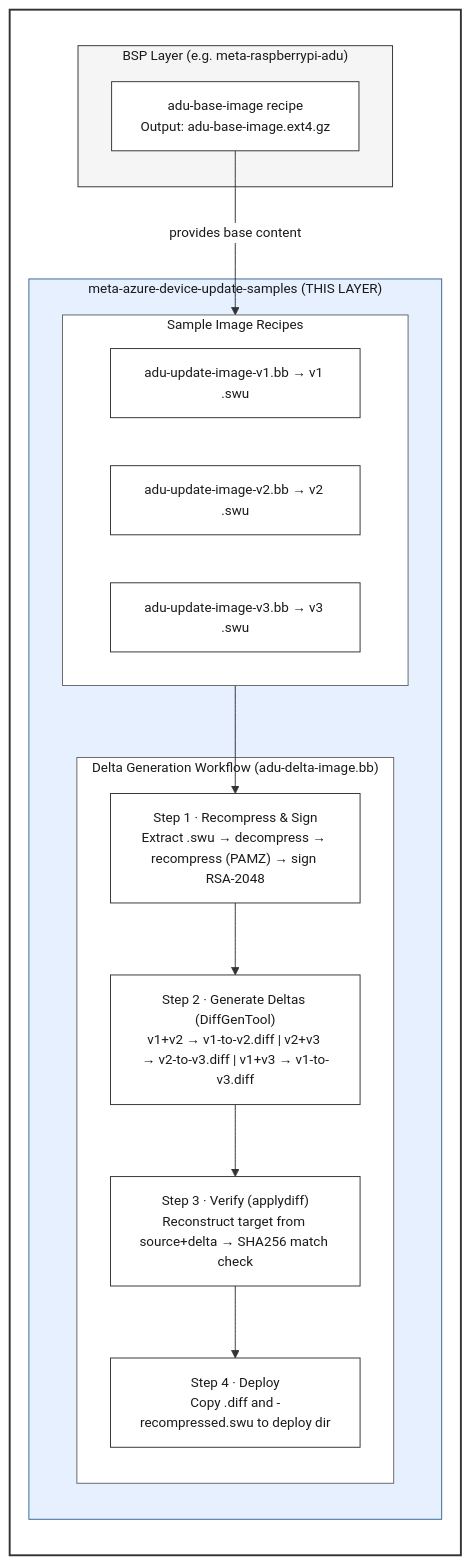
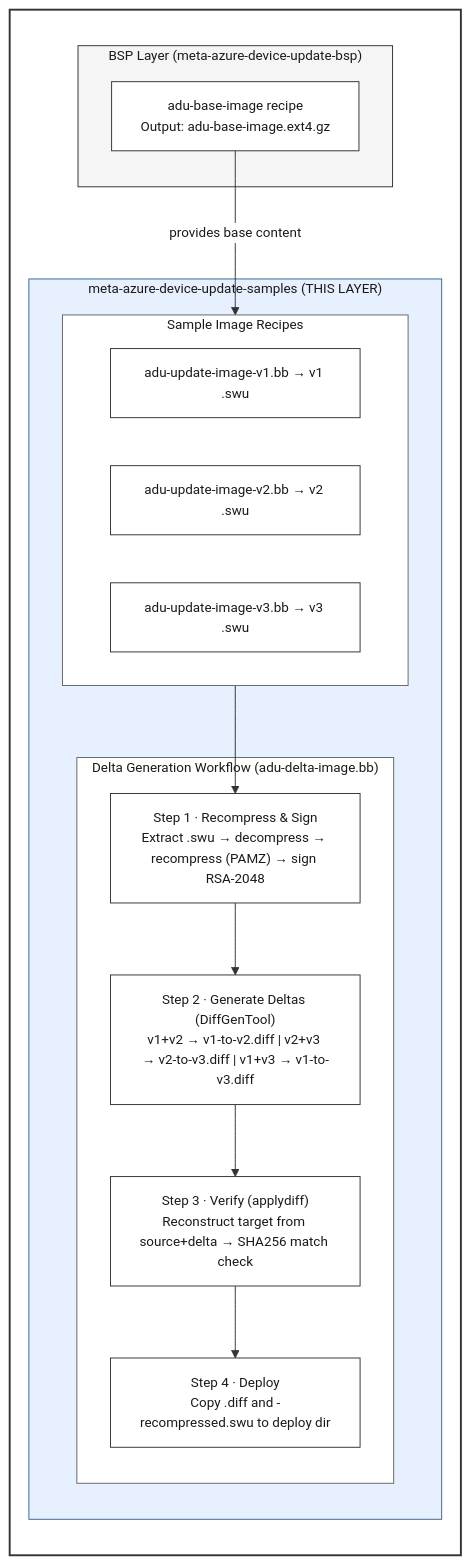
The diagram in README.md (Azure/meta-azure-device-update-samples), drawn with Mermaid before and after one commit. The commit also changed other lines of this file and 1 other file, not shown here.

First line of the commit message:
Add azure-device-update-bsp layer dependency, update references

````diff
--- a/README.md
+++ b/README.md
@@ -143,55 +143,55 @@
 ```mermaid
 %%{init: {'theme': 'base', 'themeVariables': {
   'primaryColor': '#ffffff',
   'primaryTextColor': '#1a1a1a',
   'primaryBorderColor': '#333333',
   'lineColor': '#333333',
   'secondaryColor': '#f5f5f5',
   'tertiaryColor': '#e8e8e8',
   'mainBkg': '#ffffff',
   'nodeBorder': '#333333',
   'clusterBkg': '#f5f5f5',
   'clusterBorder': '#333333',
   'titleColor': '#1a1a1a',
   'edgeLabelBackground': '#ffffff',
   'fontFamily': 'monospace',
   'fontSize': '14px'
 }}}%%
 flowchart LR
     subgraph Main[" "]
 
-        subgraph BSP["BSP Layer (e.g. meta-raspberrypi-adu)"]
+        subgraph BSP["BSP Layer (meta-azure-device-update-bsp)"]
             BASE["adu-base-image recipe<br/>Output: adu-base-image.ext4.gz"]
         end
 
         subgraph THIS["meta-azure-device-update-samples (THIS LAYER)"]
 
             subgraph IMGS["Sample Image Recipes"]
                 V1["adu-update-image-v1.bb → v1 .swu"]
                 V2["adu-update-image-v2.bb → v2 .swu"]
                 V3["adu-update-image-v3.bb → v3 .swu"]
             end
 
             subgraph DELTA["Delta Generation Workflow (adu-delta-image.bb)"]
                 S1["Step 1 · Recompress &amp; Sign<br/>Extract .swu → decompress → recompress (PAMZ) → sign RSA-2048"]
                 S2["Step 2 · Generate Deltas (DiffGenTool)<br/>v1+v2 → v1-to-v2.diff | v2+v3 → v2-to-v3.diff | v1+v3 → v1-to-v3.diff"]
                 S3["Step 3 · Verify (applydiff)<br/>Reconstruct target from source+delta → SHA256 match check"]
                 S4["Step 4 · Deploy<br/>Copy .diff and -recompressed.swu to deploy dir"]
             end
 
         end
 
         BASE -->|"provides base content"| IMGS
         IMGS --> S1
         S1 --> S2
         S2 --> S3
         S3 --> S4
 
     end
 
     style Main fill:#ffffff,stroke:#333333,stroke-width:2px,color:#1a1a1a
     style BSP fill:#f5f5f5,stroke:#333333,stroke-width:1px,color:#1a1a1a
     style THIS fill:#e6f0ff,stroke:#336699,stroke-width:1px,color:#1a1a1a
     style IMGS fill:#ffffff,stroke:#666666,stroke-width:1px,color:#1a1a1a
     style DELTA fill:#ffffff,stroke:#666666,stroke-width:1px,color:#1a1a1a
 ```
````
